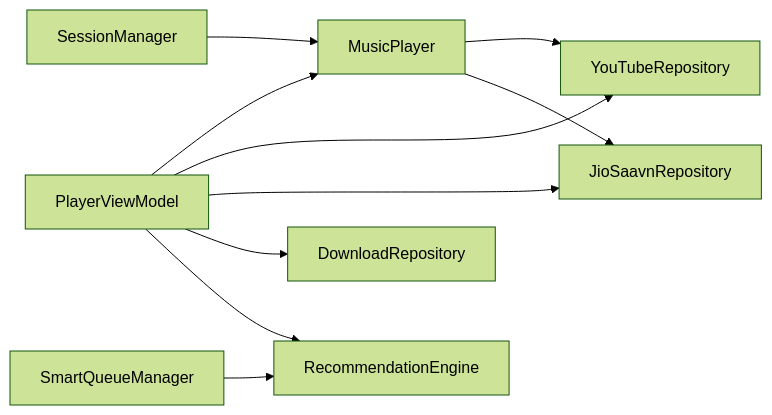
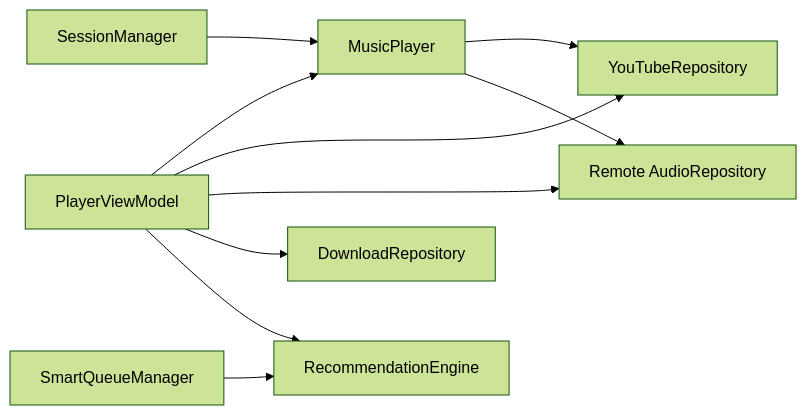
The eighth of 8 diagrams in docs/Application Architecture/Data Flow and State Management.md (suvojeet-sengupta/SuvMusic), drawn with Mermaid (forest theme) before and after one commit. The commit also changed other lines of this file and 32 other files, not shown here.

````diff
--- a/docs/Application Architecture/Data Flow and State Management.md
+++ b/docs/Application Architecture/Data Flow and State Management.md
@@ -357,12 +357,12 @@
 ```mermaid
 graph LR
 SM["SessionManager"] --> MP["MusicPlayer"]
 MP --> YTR["YouTubeRepository"]
-MP --> JSR["JioSaavnRepository"]
+MP --> JSR["Remote AudioRepository"]
 PV["PlayerViewModel"] --> MP
 PV --> YTR
 PV --> JSR
 PV --> DR["DownloadRepository"]
 PV --> RE["RecommendationEngine"]
 SQM["SmartQueueManager"] --> RE
 ```
````
